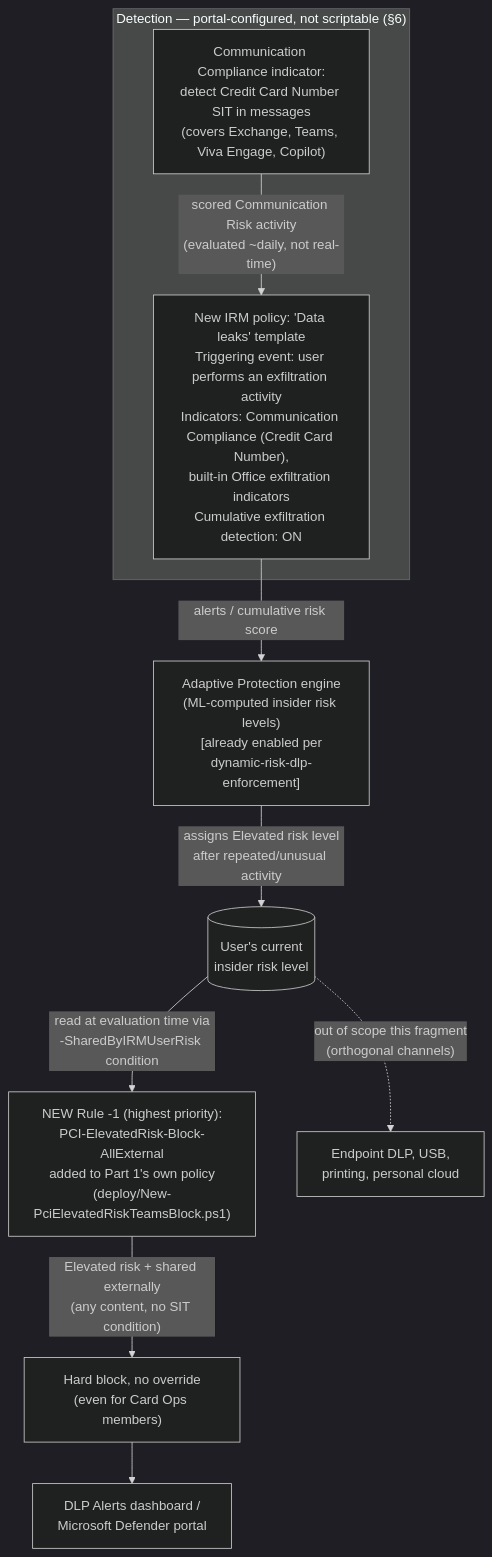
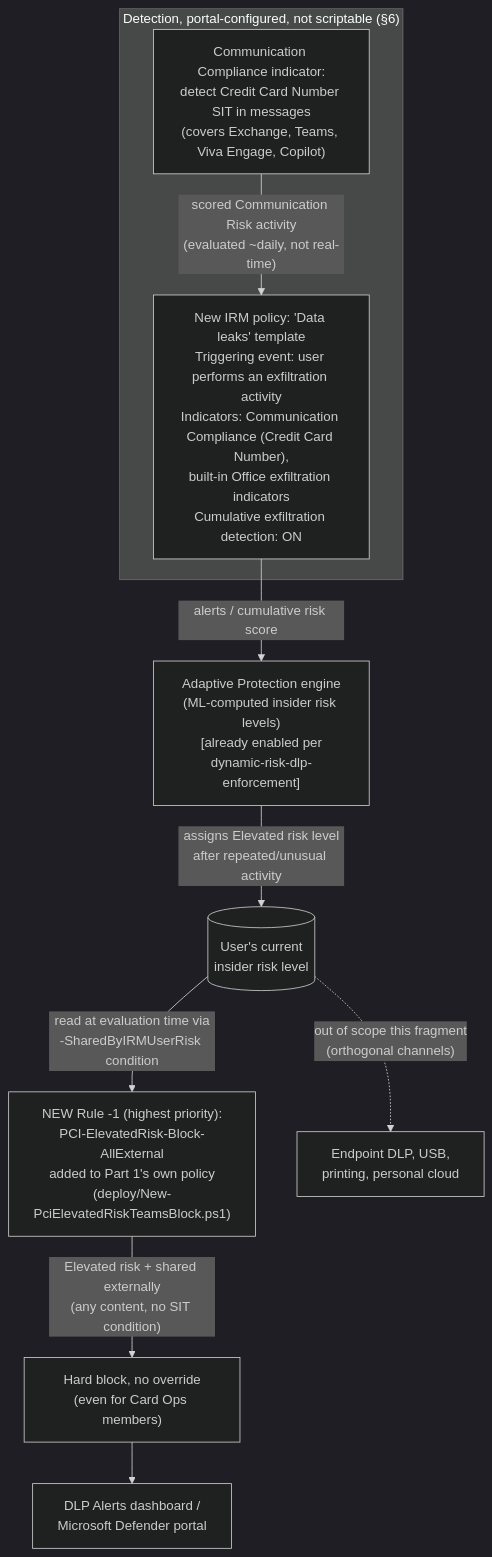
The diagram in src/content/scenarios/dlp/pci-teams-exfil-block-part2-obfuscation-mitigation.design.md (kpsec1/kpsec1.github.io), drawn with Mermaid (dark theme) before and after one commit. The commit also changed other lines of this file and 433 other files, not shown here.

````diff
--- a/src/content/scenarios/dlp/pci-teams-exfil-block-part2-obfuscation-mitigation.design.md
+++ b/src/content/scenarios/dlp/pci-teams-exfil-block-part2-obfuscation-mitigation.design.md
@@ -68,14 +68,14 @@
 ```mermaid
 flowchart TD
-    subgraph Detect["Detection — portal-configured, not scriptable (§6)"]
+    subgraph Detect["Detection, portal-configured, not scriptable (§6)"]
         CC["Communication Compliance indicator:\ndetect Credit Card Number SIT in messages\n(covers Exchange, Teams, Viva Engage, Copilot)"]
         IRM["New IRM policy: 'Data leaks' template\nTriggering event: user performs an exfiltration activity\nIndicators: Communication Compliance (Credit Card Number),\nbuilt-in Office exfiltration indicators\nCumulative exfiltration detection: ON"]
         CC -->|"scored Communication Risk activity\n(evaluated ~daily, not real-time)"| IRM
     end
     IRM -->|alerts / cumulative risk score| APEngine["Adaptive Protection engine\n(ML-computed insider risk levels)\n[already enabled per\ndynamic-risk-dlp-enforcement]"]
     APEngine -->|"assigns Elevated risk level\nafter repeated/unusual activity"| RiskLevel[("User's current\ninsider risk level")]
     RiskLevel -->|"read at evaluation time via\n-SharedByIRMUserRisk condition"| NewRule["NEW Rule -1 (highest priority):\nPCI-ElevatedRisk-Block-AllExternal\nadded to Part 1's own policy\n(deploy/New-PciElevatedRiskTeamsBlock.ps1)"]
     NewRule -->|"Elevated risk + shared externally\n(any content, no SIT condition)"| Block["Hard block, no override\n(even for Card Ops members)"]
     Block --> Reports["DLP Alerts dashboard /\nMicrosoft Defender portal"]
     RiskLevel -.->|"out of scope this fragment\n(orthogonal channels)"| Endpoint["Endpoint DLP, USB,\nprinting, personal cloud"]
 ```
````
